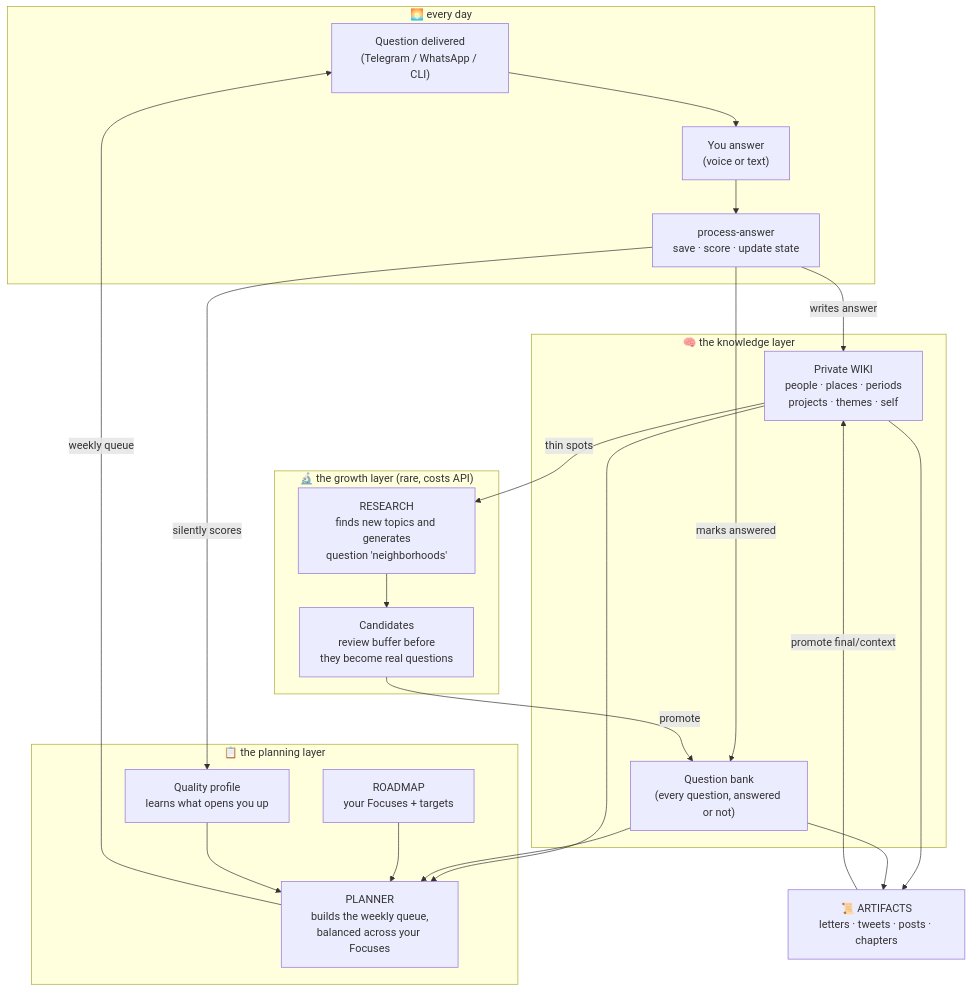
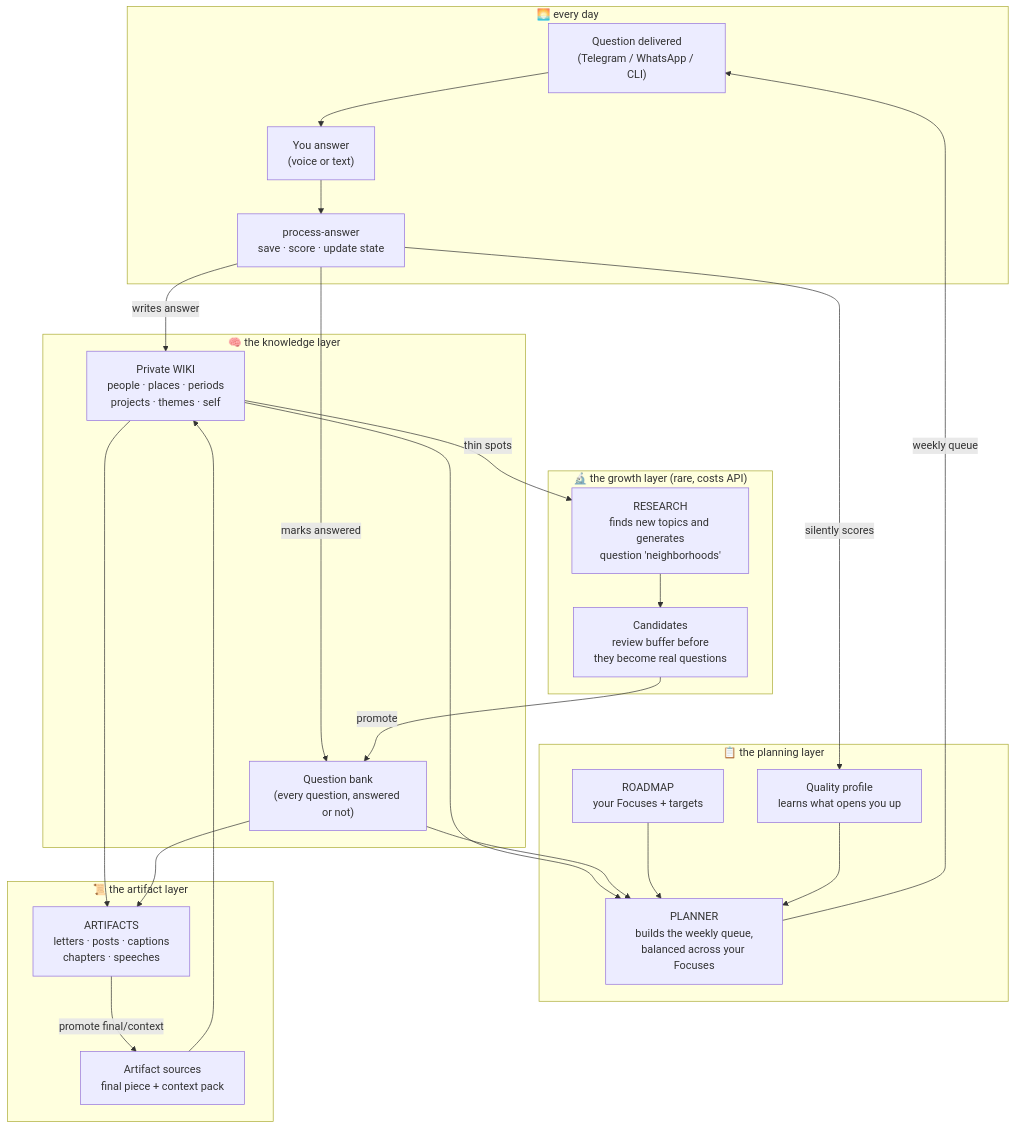
Before and after one commit to lifehug/lifehug: the first of 9 diagrams in README.md, drawn with Mermaid. The commit also changed other lines of this file and 1 other file, not shown here.

Commit message:
Present artifacts as core product loop

````diff
--- a/README.md
+++ b/README.md
@@ -33,42 +33,47 @@
 ```mermaid
 flowchart TB
     subgraph daily["🌅 every day"]
         Q["Question delivered<br/>(Telegram / WhatsApp / CLI)"]
         A["You answer<br/>(voice or text)"]
         P["process-answer<br/>save · score · update state"]
         Q --> A --> P
     end
 
     subgraph brain["🧠 the knowledge layer"]
         W["Private WIKI<br/>people · places · periods<br/>projects · themes · self"]
         QB["Question bank<br/>(every question, answered or not)"]
     end
 
     subgraph think["📋 the planning layer"]
         PL["PLANNER<br/>builds the weekly queue,<br/>balanced across your Focuses"]
         RM["ROADMAP<br/>your Focuses + targets"]
         QP["Quality profile<br/>learns what opens you up"]
     end
 
     subgraph grow["🔬 the growth layer (rare, costs API)"]
         RE["RESEARCH<br/>finds new topics and generates<br/>question 'neighborhoods'"]
         CA["Candidates<br/>review buffer before<br/>they become real questions"]
     end
 
+    subgraph make["📜 the artifact layer"]
+        OUT["ARTIFACTS<br/>letters · posts · captions<br/>chapters · speeches"]
+        SRC["Artifact sources<br/>final piece + context pack"]
+    end
+
     P -->|writes answer| W
     P -->|marks answered| QB
     P -->|silently scores| QP
     W --> PL
     QB --> PL
     RM --> PL
     QP --> PL
     PL -->|weekly queue| Q
     W -->|thin spots| RE
     RE --> CA
     CA -->|promote| QB
 
-    OUT["📜 ARTIFACTS<br/>letters · tweets · posts · chapters"]
     W --> OUT
     QB --> OUT
-    OUT -->|promote final/context| W
+    OUT -->|promote final/context| SRC
+    SRC --> W
 ```
````
